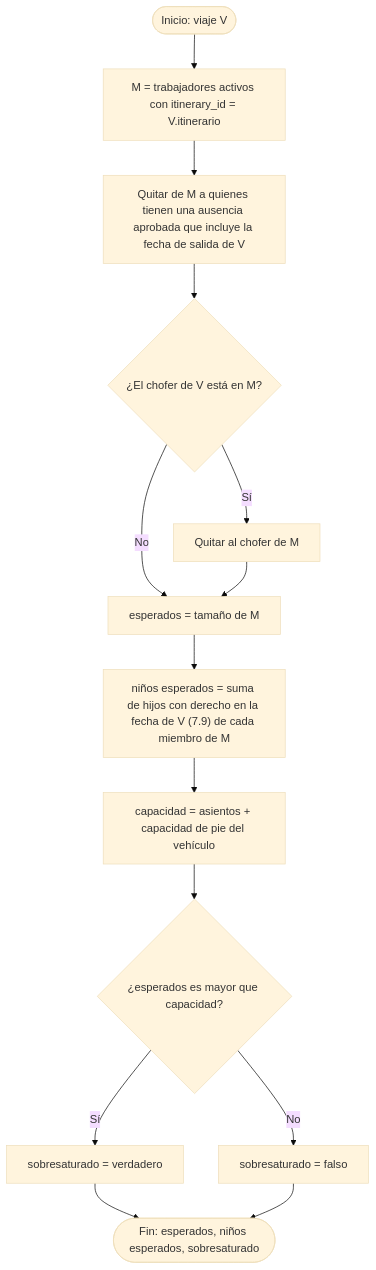
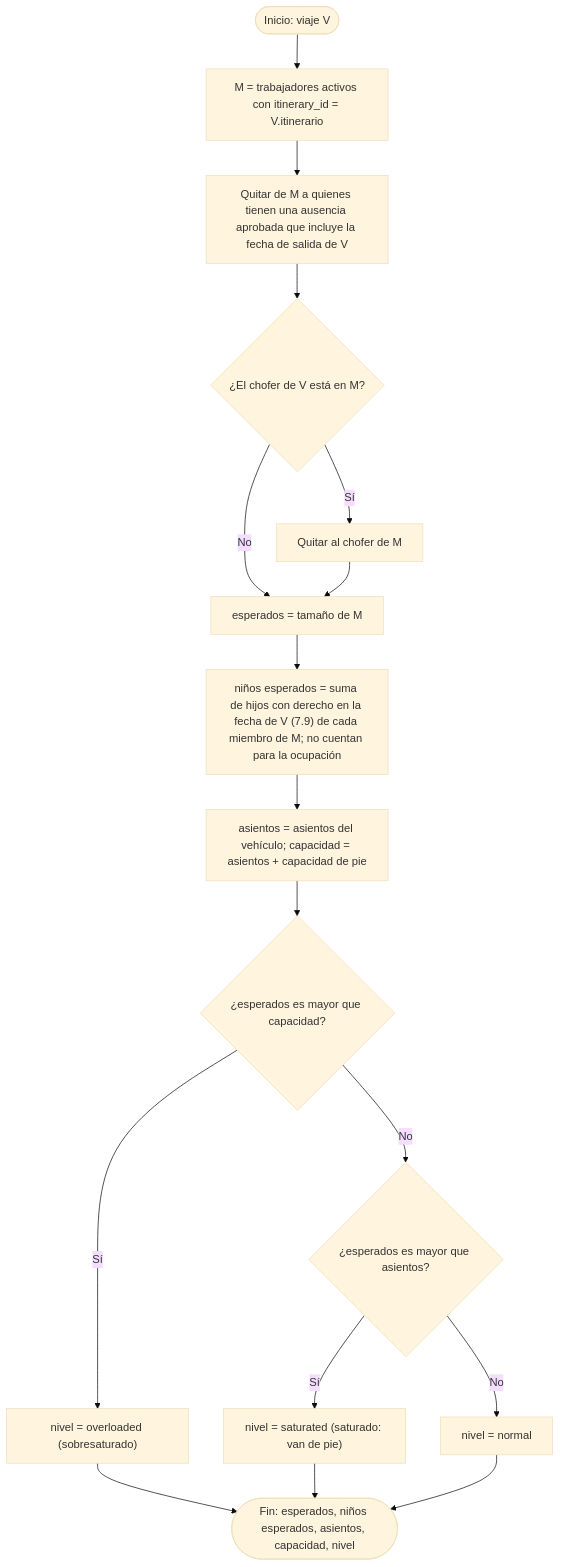
One commit to maicolalmaralestamayo/MiRuta changed diagram 13 of 30 in docs/07-algoritmos.md. Above: the diagram before and after it, drawn with Mermaid (base theme). The commit also changed other lines of this file and 10 other files, not shown here.

````diff
--- a/docs/07-algoritmos.md
+++ b/docs/07-algoritmos.md
@@ -356,16 +348,19 @@
 ```mermaid
 flowchart TD
     A(["Inicio: viaje V"]) --> B["M = trabajadores activos con itinerary_id = V.itinerario"]
     B --> C["Quitar de M a quienes tienen una ausencia aprobada que incluye la fecha de salida de V"]
     C --> D{"¿El chofer de V está en M?"}
     D -->|Sí| E["Quitar al chofer de M"]
     D -->|No| F
     E --> F["esperados = tamaño de M"]
-    F --> G["niños esperados = suma de hijos con derecho en la fecha de V (7.9) de cada miembro de M"]
-    G --> H["capacidad = asientos + capacidad de pie del vehículo"]
+    F --> G["niños esperados = suma de hijos con derecho en la fecha de V (7.9) de cada miembro de M; no cuentan para la ocupación"]
+    G --> H["asientos = asientos del vehículo; capacidad = asientos + capacidad de pie"]
     H --> I{"¿esperados es mayor que capacidad?"}
-    I -->|Sí| J["sobresaturado = verdadero"]
-    I -->|No| K["sobresaturado = falso"]
-    J --> Z(["Fin: esperados, niños esperados, sobresaturado"])
-    K --> Z
+    I -->|Sí| J["nivel = overloaded (sobresaturado)"]
+    I -->|No| K{"¿esperados es mayor que asientos?"}
+    K -->|Sí| L["nivel = saturated (saturado: van de pie)"]
+    K -->|No| N["nivel = normal"]
+    J --> Z(["Fin: esperados, niños esperados, asientos, capacidad, nivel"])
+    L --> Z
+    N --> Z
 ```
````
